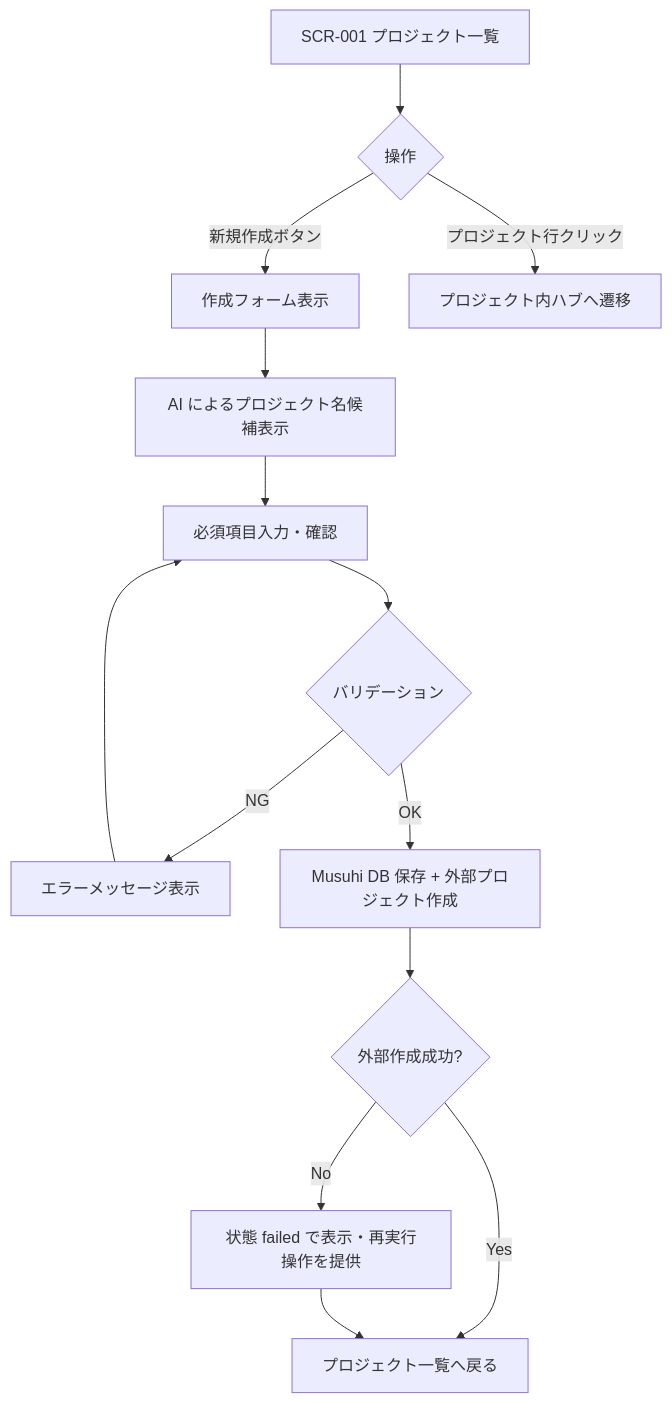
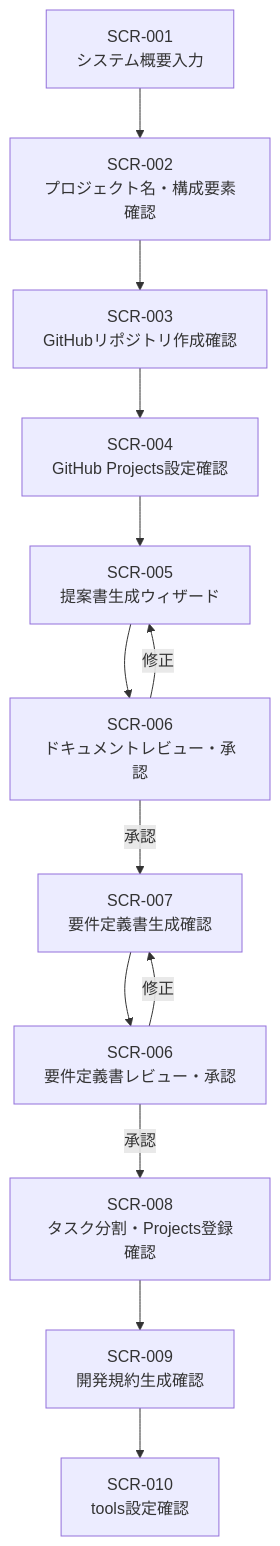
Before and after one commit to BossApe/lo-vibe: the second of 3 diagrams in _document/002.要件定義フェーズ/001.要件定義/001-06.画面遷移定義書.md, drawn with Mermaid. The commit also changed other lines of this file and 8 other files, not shown here.

````diff
--- a/_document/002.要件定義フェーズ/001.要件定義/001-06.画面遷移定義書.md
+++ b/_document/002.要件定義フェーズ/001.要件定義/001-06.画面遷移定義書.md
@@ -95,16 +93,26 @@
 ```mermaid
 flowchart TD
-    A[SCR-001 プロジェクト一覧] --> B{操作}
-    B -- 新規作成ボタン --> C[作成フォーム表示]
-    C --> D[AI によるプロジェクト名候補表示]
-    D --> E[必須項目入力・確認]
-    E --> F{バリデーション}
-    F -- NG --> G[エラーメッセージ表示]
-    G --> E
-    F -- OK --> H[Musuhi DB 保存 + 外部プロジェクト作成]
-    H --> I{外部作成成功?}
-    I -- Yes --> J[プロジェクト一覧へ戻る]
-    I -- No --> K[状態 failed で表示・再実行操作を提供]
-    K --> J
-    B -- プロジェクト行クリック --> L[プロジェクト内ハブへ遷移]
+    S1[SCR-001
+システム概要入力] --> S2[SCR-002
+プロジェクト名・構成要素確認]
+    S2 --> S3[SCR-003
+GitHubリポジトリ作成確認]
+    S3 --> S4[SCR-004
+GitHub Projects設定確認]
+    S4 --> S5[SCR-005
+提案書生成ウィザード]
+    S5 --> S6[SCR-006
+ドキュメントレビュー・承認]
+    S6 -- 承認 --> S7[SCR-007
+要件定義書生成確認]
+    S6 -- 修正 --> S5
+    S7 --> S6B[SCR-006
+要件定義書レビュー・承認]
+    S6B -- 承認 --> S8[SCR-008
+タスク分割・Projects登録確認]
+    S6B -- 修正 --> S7
+    S8 --> S9[SCR-009
+開発規約生成確認]
+    S9 --> S10[SCR-010
+tools設定確認]
 ```
````
